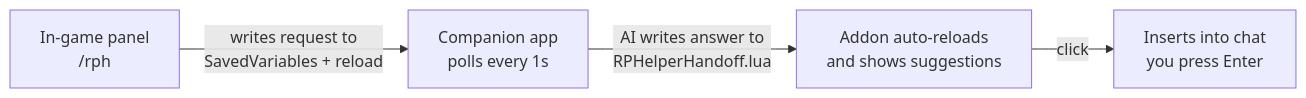
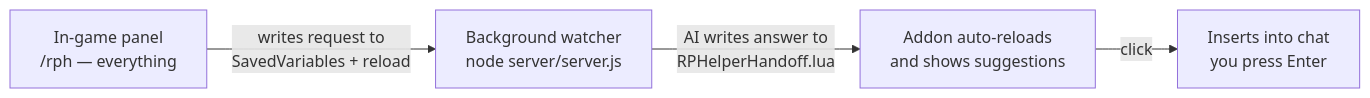
The diagram in README.md (brixen96/RPHelper), drawn with Mermaid before and after one commit. The commit also changed other lines of this file and 6 other files, not shown here.

Commit message:
All in-game: character sheet in addon panel, drop web UI, server becomes pure background watcher

````diff
--- a/README.md
+++ b/README.md
@@ -7,6 +7,6 @@
 ```mermaid
 flowchart LR
-    A[In-game panel<br/>/rph] -->|writes request to<br/>SavedVariables + reload| B[Companion app<br/>polls every 1s]
+    A[In-game panel<br/>/rph — everything] -->|writes request to<br/>SavedVariables + reload| B[Background watcher<br/>node server/server.js]
     B -->|AI writes answer to<br/>RPHelperHandoff.lua| C[Addon auto-reloads<br/>and shows suggestions]
     C -->|click| D[Inserts into chat<br/>you press Enter]
 ```
````
